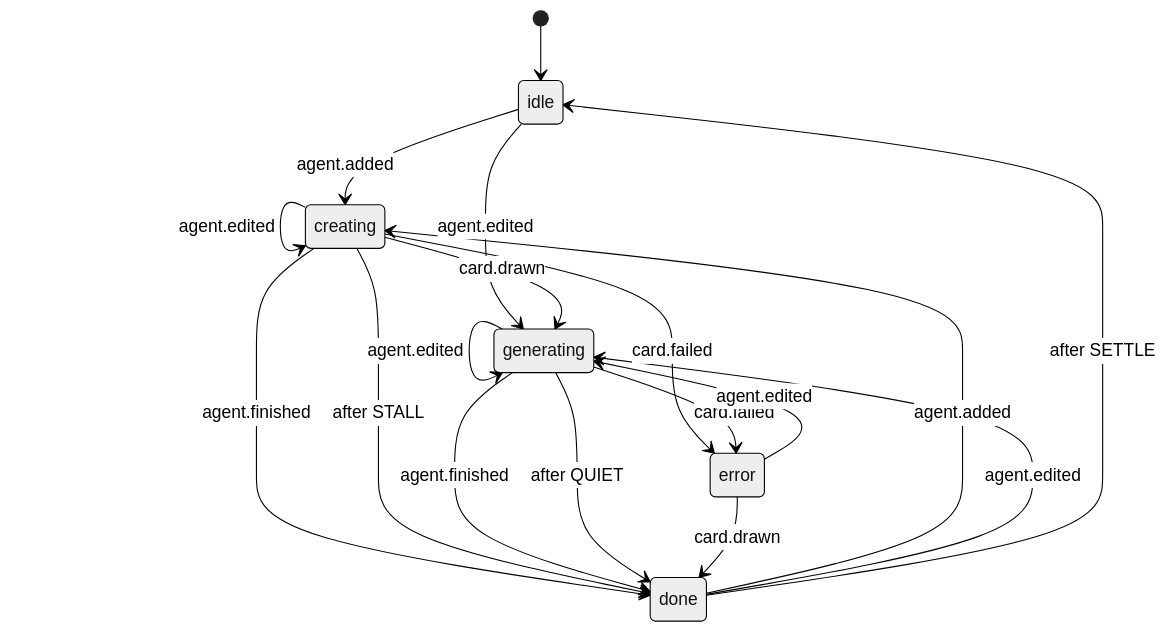
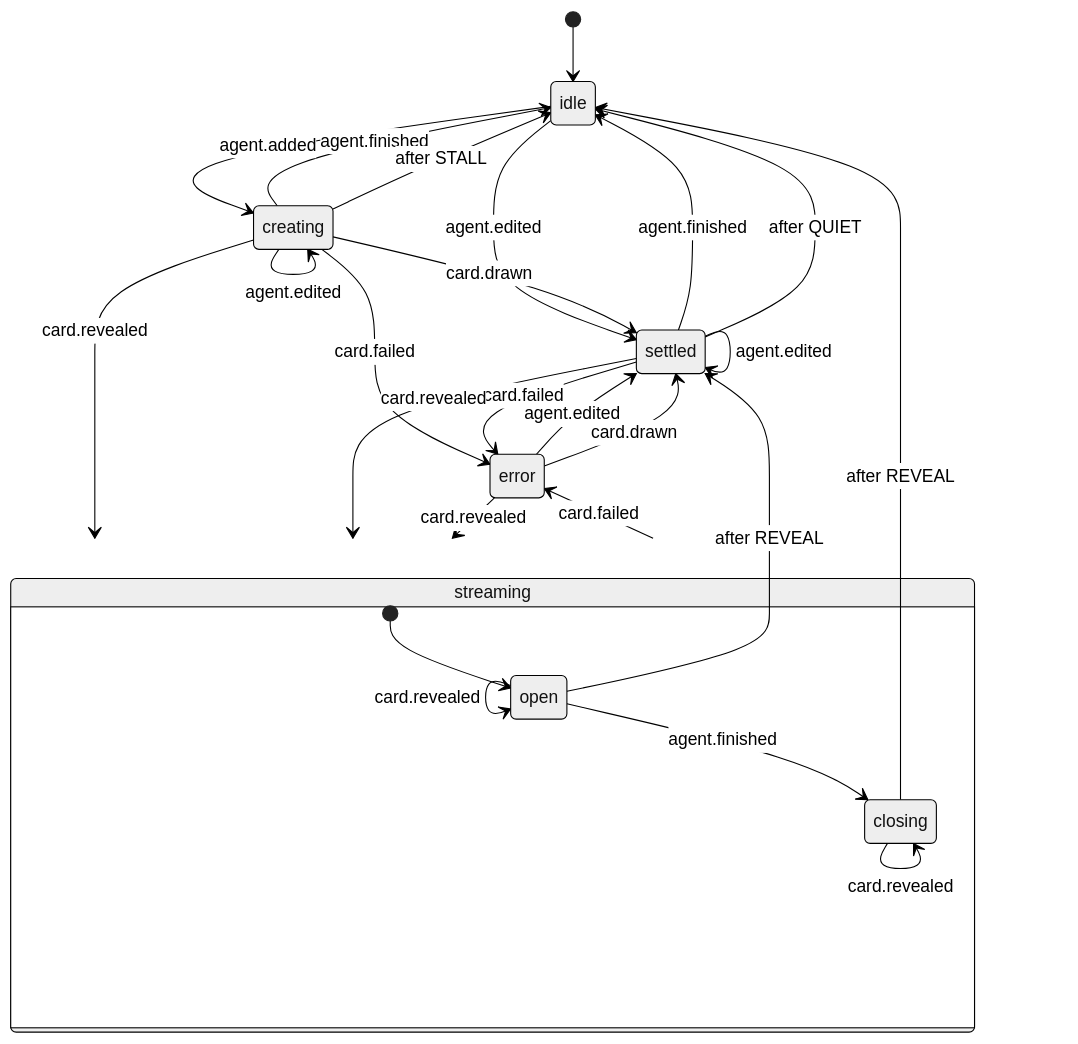
The diagram in docs/state-machines/card-gen.md (webdevike/relay), drawn with Mermaid (neutral theme) before and after one commit. The commit also changed other lines of this file and 20 other files, not shown here.

````diff
--- a/docs/state-machines/card-gen.md
+++ b/docs/state-machines/card-gen.md
@@ -12,20 +12,31 @@
 ```mermaid
 stateDiagram-v2
   [*] --> idle
+  state streaming {
+    [*] --> streaming_open
+    state "open" as streaming_open
+    state "closing" as streaming_closing
+  }
   idle --> creating : agent.added
-  idle --> generating : agent.edited
-  creating --> generating : card.drawn
+  idle --> settled : agent.edited
+  creating --> streaming : card.revealed
+  creating --> settled : card.drawn
   creating --> error : card.failed
   creating --> creating : agent.edited
-  creating --> done : agent.finished
-  creating --> done : after STALL
-  generating --> generating : agent.edited
-  generating --> error : card.failed
-  generating --> done : agent.finished
-  generating --> done : after QUIET
-  error --> generating : agent.edited
-  error --> done : card.drawn
-  done --> creating : agent.added
-  done --> generating : agent.edited
-  done --> idle : after SETTLE
+  creating --> idle : agent.finished
+  creating --> idle : after STALL
+  streaming --> error : card.failed
+  streaming_open --> streaming_open : card.revealed
+  streaming_open --> streaming_closing : agent.finished
+  streaming_open --> settled : after REVEAL
+  streaming_closing --> streaming_closing : card.revealed
+  streaming_closing --> idle : after REVEAL
+  settled --> streaming : card.revealed
+  settled --> error : card.failed
+  settled --> settled : agent.edited
+  settled --> idle : agent.finished
+  settled --> idle : after QUIET
+  error --> settled : agent.edited
+  error --> streaming : card.revealed
+  error --> settled : card.drawn
 ```
````
